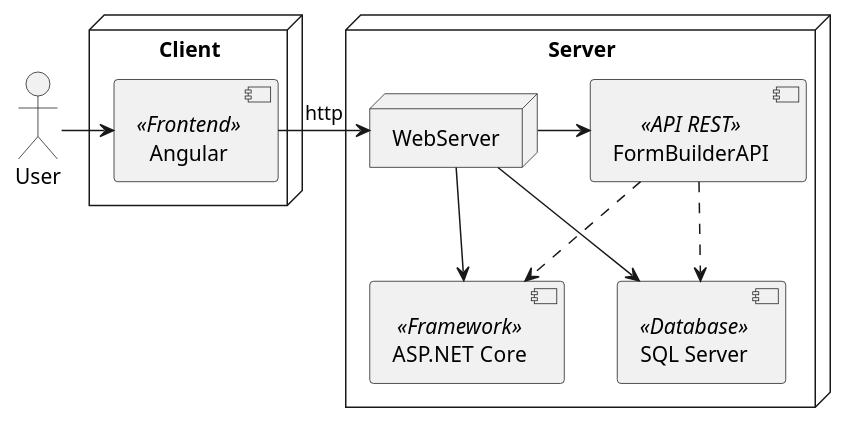
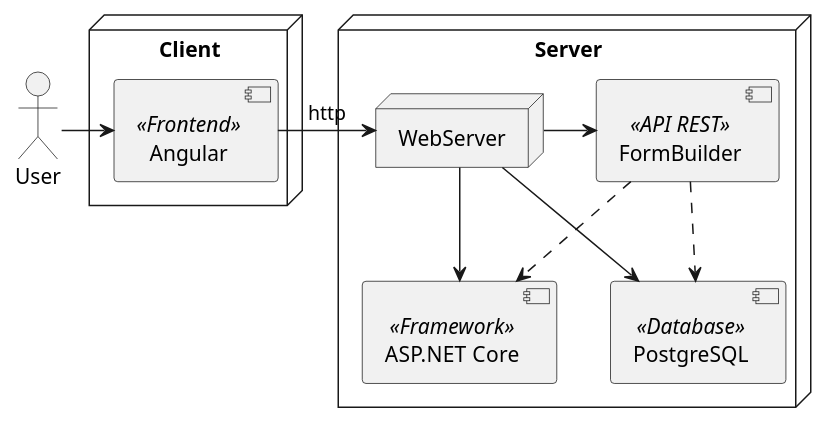
Before and after one commit to vfred0/form-builder-requirements: the diagram in docs/3-design/deployment.puml, drawn with PlantUML. The commit also changed 16 other files, not shown here.

```diff
--- a/docs/3-design/deployment.puml
+++ b/docs/3-design/deployment.puml
@@ -1,21 +1,21 @@
 @startuml deployment
 
 Actor User
 node "Client" {
     component Angular <<Frontend>>
 }
 node "Server" {
     node WebServer
-    component FormBuilderAPI <<API REST>>
+    component FormBuilder <<API REST>>
     component "ASP.NET Core" <<Framework>>
-    component "SQL Server" <<Database>>
+    component "PostgreSQL" <<Database>>
 }
 
 User -> Angular
 Angular -> WebServer : http
-WebServer -right-> FormBuilderAPI 
-FormBuilderAPI .down.> "ASP.NET Core" 
-FormBuilderAPI ..> "SQL Server"
-WebServer -down-> "SQL Server" 
+WebServer -right-> FormBuilder 
+FormBuilder .down.> "ASP.NET Core" 
+FormBuilder ..> "PostgreSQL"
+WebServer -down-> "PostgreSQL" 
 WebServer -down-> "ASP.NET Core"
 @enduml
```
